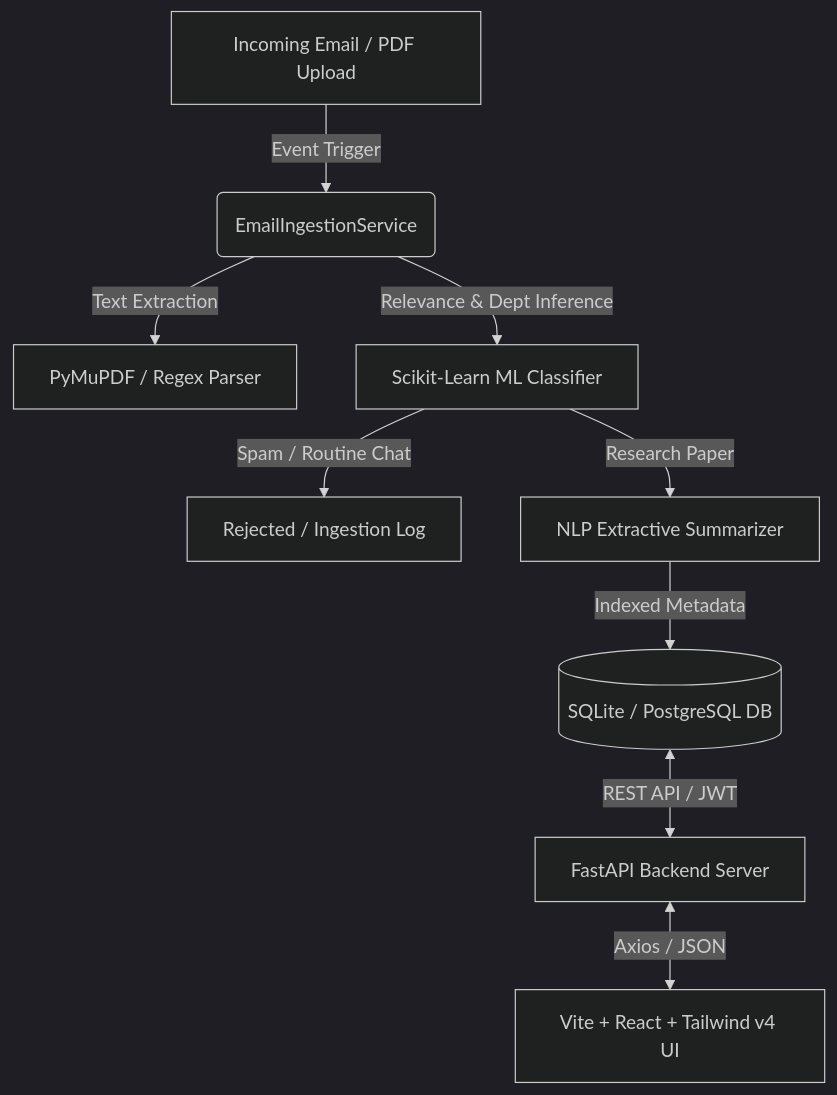
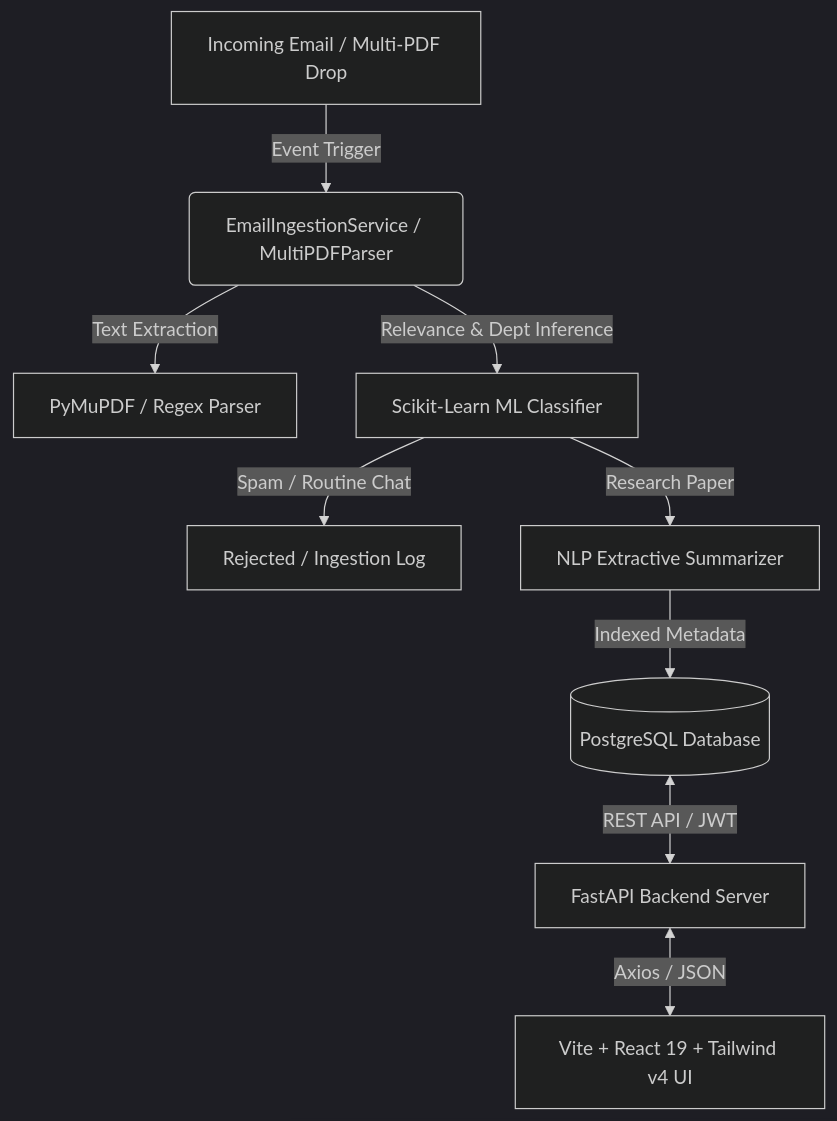
Before and after one commit to AP24110011314/promptFlow-AI: the diagram in README.md, drawn with Mermaid (dark theme). The commit also changed other lines of this file, not shown here.

````diff
--- a/README.md
+++ b/README.md
@@ -19,11 +20,11 @@
 ```mermaid
 graph TD
-    A[Incoming Email / PDF Upload] -->|Event Trigger| B(EmailIngestionService)
+    A[Incoming Email / Multi-PDF Drop] -->|Event Trigger| B(EmailIngestionService / MultiPDFParser)
     B -->|Text Extraction| C[PyMuPDF / Regex Parser]
     B -->|Relevance & Dept Inference| D[Scikit-Learn ML Classifier]
     D -->|Spam / Routine Chat| E[Rejected / Ingestion Log]
     D -->|Research Paper| F[NLP Extractive Summarizer]
-    F -->|Indexed Metadata| G[(SQLite / PostgreSQL DB)]
+    F -->|Indexed Metadata| G[(PostgreSQL Database)]
     G <-->|REST API / JWT| H[FastAPI Backend Server]
-    H <-->|Axios / JSON| I[Vite + React + Tailwind v4 UI]
+    H <-->|Axios / JSON| I[Vite + React 19 + Tailwind v4 UI]
 ```
````
